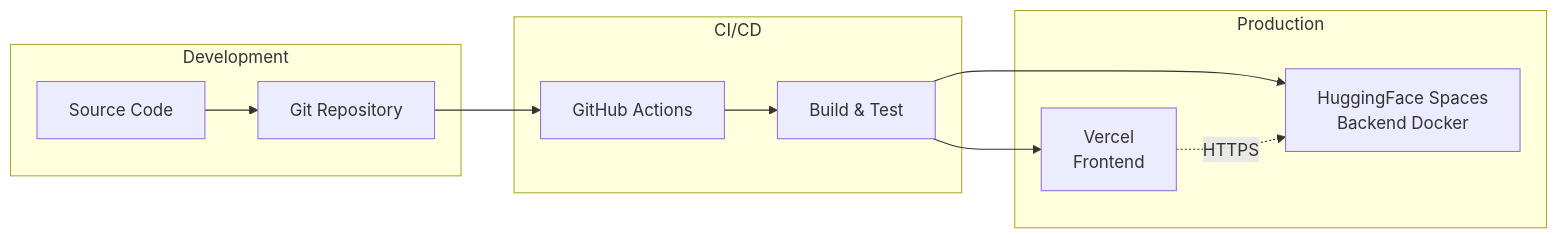
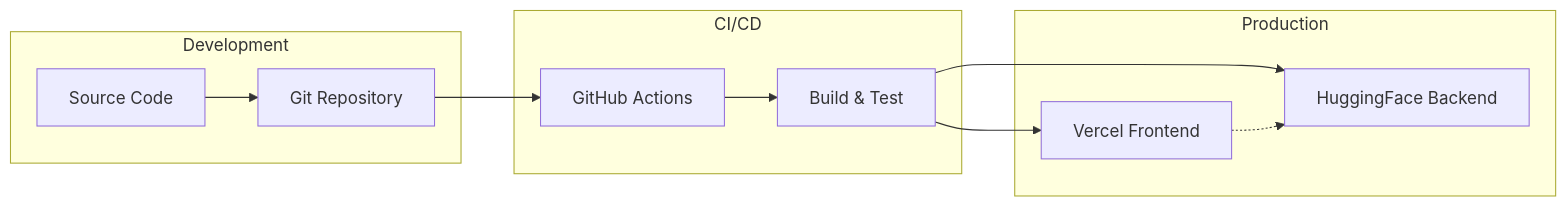
Before and after one commit to steeltroops-ai/NeuraLens: the second of 11 diagrams in ARCHITECTURE.md, drawn with Mermaid. The commit also changed other lines of this file, not shown here.

Commit message:
fix(docs): correct Mermaid diagram syntax for GitHub rendering

````diff
--- a/ARCHITECTURE.md
+++ b/ARCHITECTURE.md
@@ -49,25 +49,24 @@
 ```mermaid
 graph LR
-    subgraph "Development"
-        Code[Source Code]
-        Git[Git Repository]
+    subgraph Dev["Development"]
+        Code["Source Code"]
+        Git["Git Repository"]
     end
     
-    subgraph "CI/CD"
-        GH[GitHub Actions]
-        Build[Build & Test]
+    subgraph CICD["CI/CD"]
+        GH["GitHub Actions"]
+        Build["Build & Test"]
     end
     
-    subgraph "Production"
-        Vercel[Vercel<br/>Frontend]
-        HF[HuggingFace Spaces<br/>Backend Docker]
+    subgraph Prod["Production"]
+        Vercel["Vercel Frontend"]
+        HF["HuggingFace Backend"]
     end
     
     Code --> Git
     Git --> GH
     GH --> Build
     Build --> Vercel
     Build --> HF
-    
-    Vercel -.->|HTTPS| HF
+    Vercel -.-> HF
 ```
````
